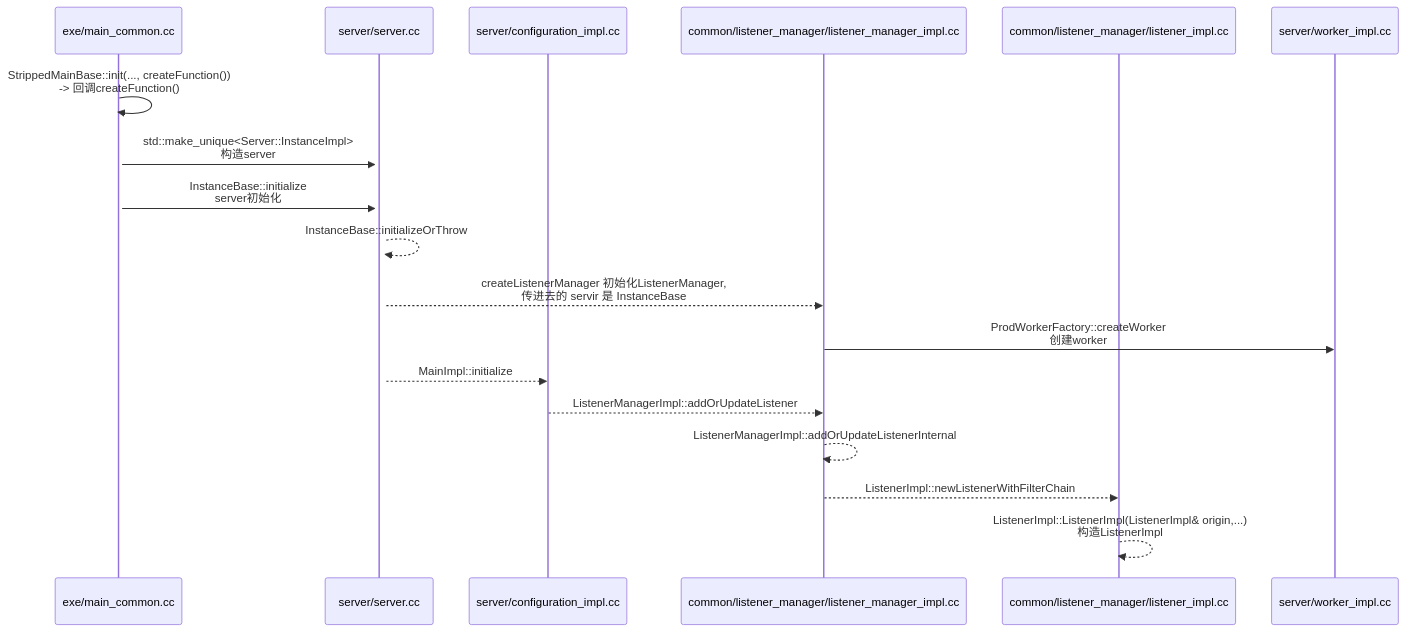
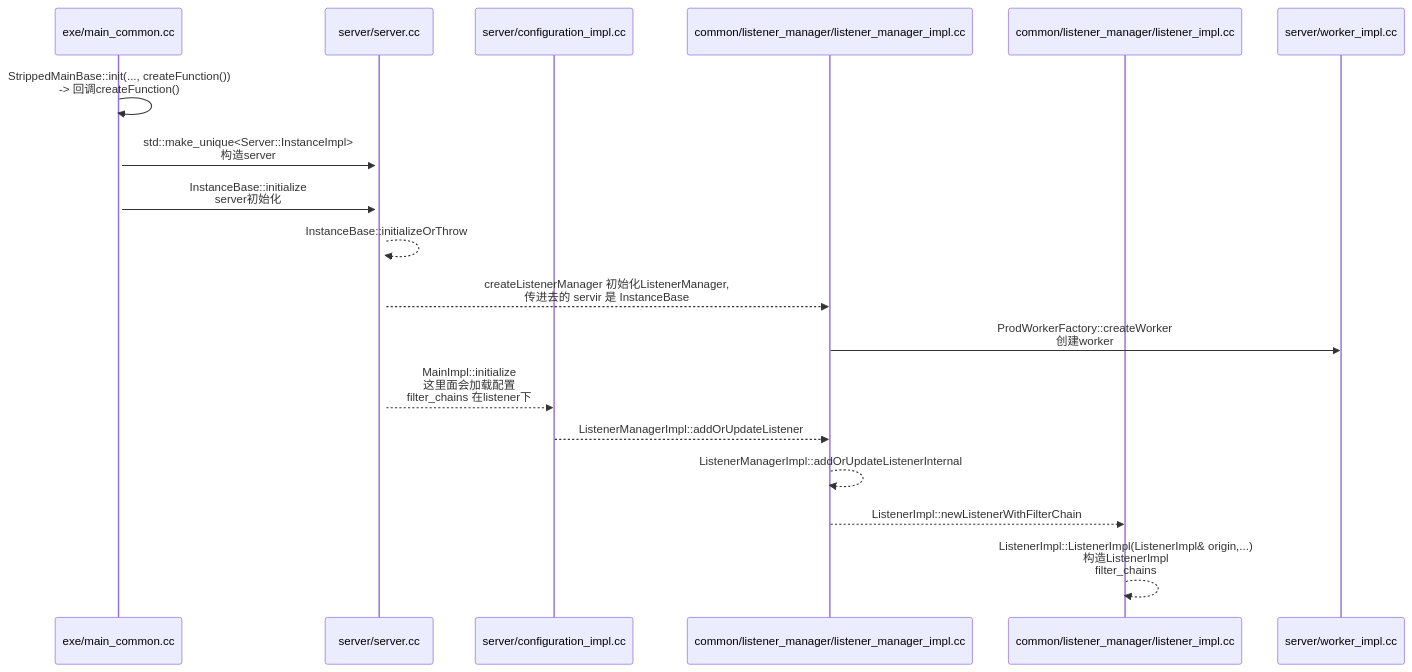
Before and after one commit to apenben123/envoy: the second of 8 diagrams in envoy学习.md, drawn with Mermaid. The commit also changed other lines of this file and 10 other files, not shown here.

````diff
--- a/envoy学习.md
+++ b/envoy学习.md
@@ -373,21 +362,21 @@
 ```mermaid
 sequenceDiagram
    participant main_common.cc as exe/main_common.cc
    participant server.cc as  server/server.cc
    participant configuration_impl.cc as  server/configuration_impl.cc
    participant listener_manager_impl.cc as common/listener_manager/listener_manager_impl.cc
    participant listener_impl.cc as common/listener_manager/listener_impl.cc
    participant worker_impl.cc as server/worker_impl.cc
 
    main_common.cc->>+main_common.cc: StrippedMainBase::init(..., createFunction()) <br/>-> 回调createFunction()
    main_common.cc->>+server.cc: std::make_unique<Server::InstanceImpl> <br/>构造server
    main_common.cc->>+server.cc: InstanceBase::initialize <br/>server初始化
    server.cc-->>server.cc: InstanceBase::initializeOrThrow
    server.cc-->>listener_manager_impl.cc:  createListenerManager 初始化ListenerManager, <br/>传进去的 servir 是 InstanceBase 
    listener_manager_impl.cc->>worker_impl.cc : ProdWorkerFactory::createWorker <br/>创建worker
-   server.cc-->>configuration_impl.cc: MainImpl::initialize
+   server.cc-->>configuration_impl.cc: MainImpl::initialize <br/>这里面会加载配置 <br/>filter_chains 在listener下
    configuration_impl.cc-->>listener_manager_impl.cc: ListenerManagerImpl::addOrUpdateListener
    listener_manager_impl.cc-->>listener_manager_impl.cc: ListenerManagerImpl::addOrUpdateListenerInternal
    listener_manager_impl.cc-->>listener_impl.cc: ListenerImpl::newListenerWithFilterChain
-   listener_impl.cc-->>listener_impl.cc: ListenerImpl::ListenerImpl(ListenerImpl& origin,...) <br/>构造ListenerImpl
+   listener_impl.cc-->>listener_impl.cc: ListenerImpl::ListenerImpl(ListenerImpl& origin,...) <br/>构造ListenerImpl <br/>filter_chains
 ```
````
